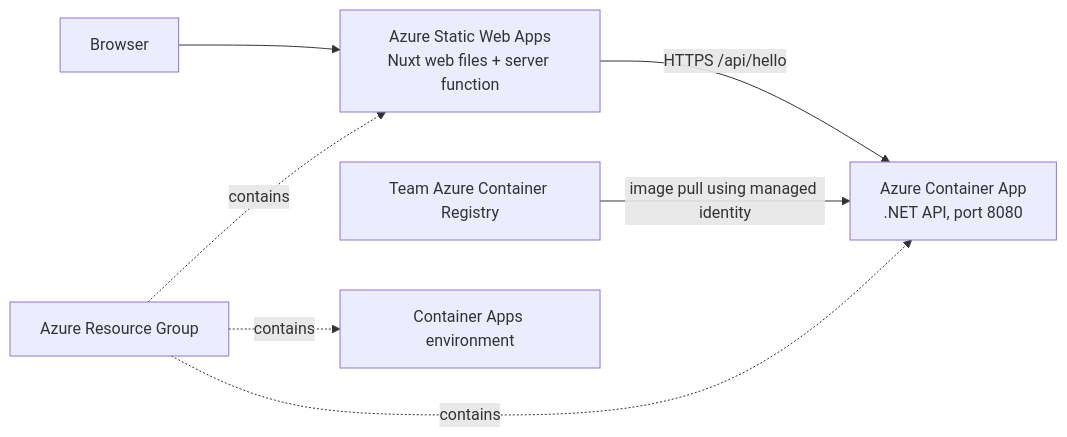
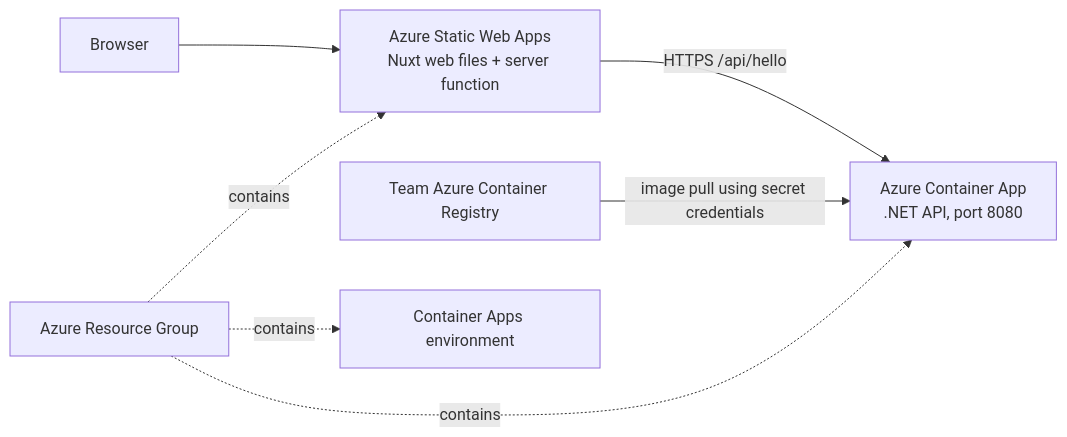
Before and after one commit to Mentoring-Bordeaux/agentic-orchestrator: the diagram in infrastructure/README.md, drawn with Mermaid. The commit also changed other lines of this file and 1 other file, not shown here.

````diff
--- a/infrastructure/README.md
+++ b/infrastructure/README.md
@@ -18,9 +18,9 @@
 ```mermaid
 flowchart LR
     Browser --> SWA[Azure Static Web Apps\nNuxt web files + server function]
     SWA -->|HTTPS /api/hello| API[Azure Container App\n.NET API, port 8080]
-    ACR[Team Azure Container Registry] -->|image pull using managed identity| API
+    ACR[Team Azure Container Registry] -->|image pull using secret credentials| API
     RG[Azure Resource Group] -. contains .-> SWA
     RG -. contains .-> API
     RG -. contains .-> Environment[Container Apps environment]
 ```
````
